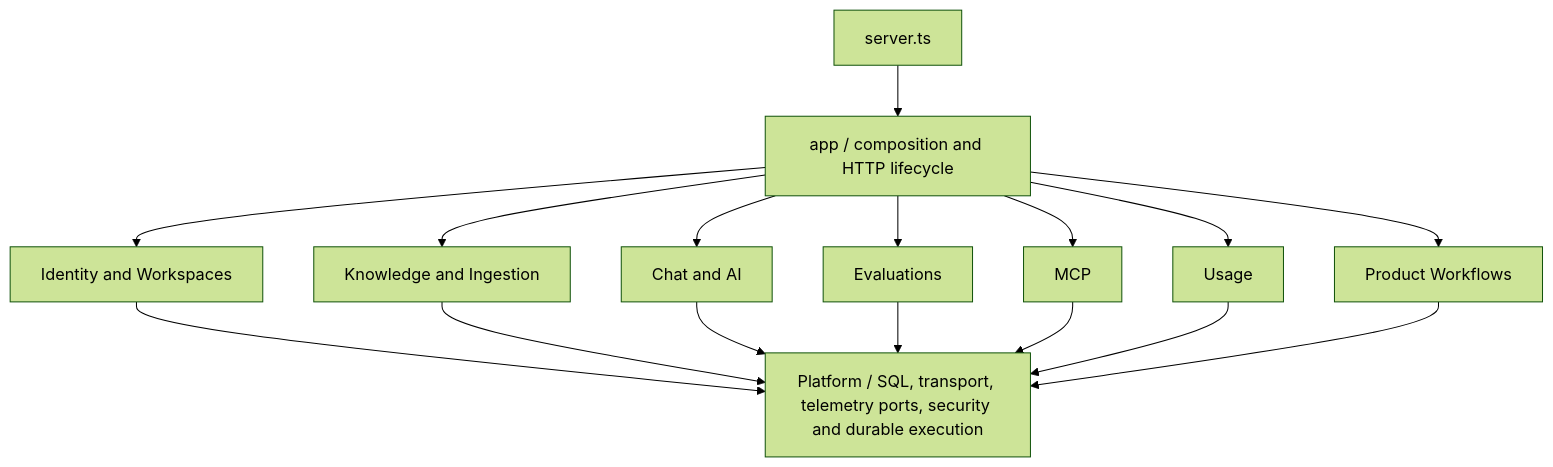
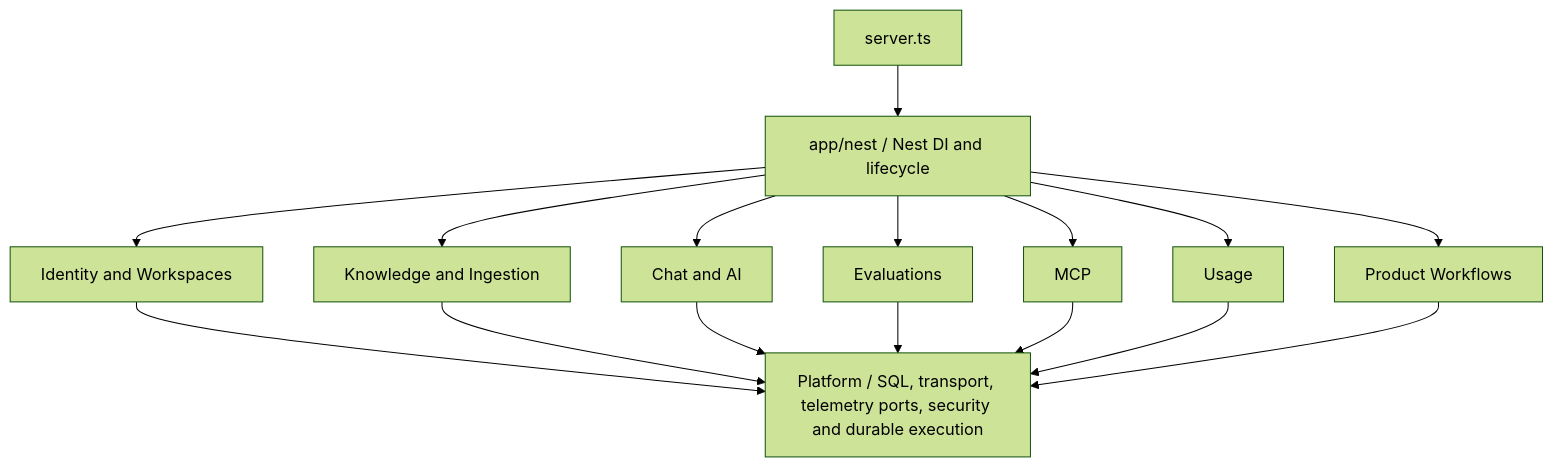
One commit to willianmesko/rag-study-mvp changed the first of 2 diagrams in docs/backend-modules.md. Above: the diagram before and after it, drawn with Mermaid (forest theme). The commit also changed other lines of this file and 5 other files, not shown here.

````diff
--- a/docs/backend-modules.md
+++ b/docs/backend-modules.md
@@ -31,18 +31,18 @@
 ```mermaid
 flowchart TB
-  Server[server.ts] --> App[app / composition and HTTP lifecycle]
+  Server[server.ts] --> App[app/nest / Nest DI and lifecycle]
   App --> Identity[Identity and Workspaces]
   App --> Knowledge[Knowledge and Ingestion]
   App --> Chat[Chat and AI]
   App --> Evaluation[Evaluations]
   App --> MCP[MCP]
   App --> Usage[Usage]
   App --> ProductWorkflows[Product Workflows]
   Identity --> Platform[Platform / SQL, transport, telemetry ports, security and durable execution]
   Knowledge --> Platform
   Chat --> Platform
   Evaluation --> Platform
   MCP --> Platform
   Usage --> Platform
   ProductWorkflows --> Platform
 ```
````
